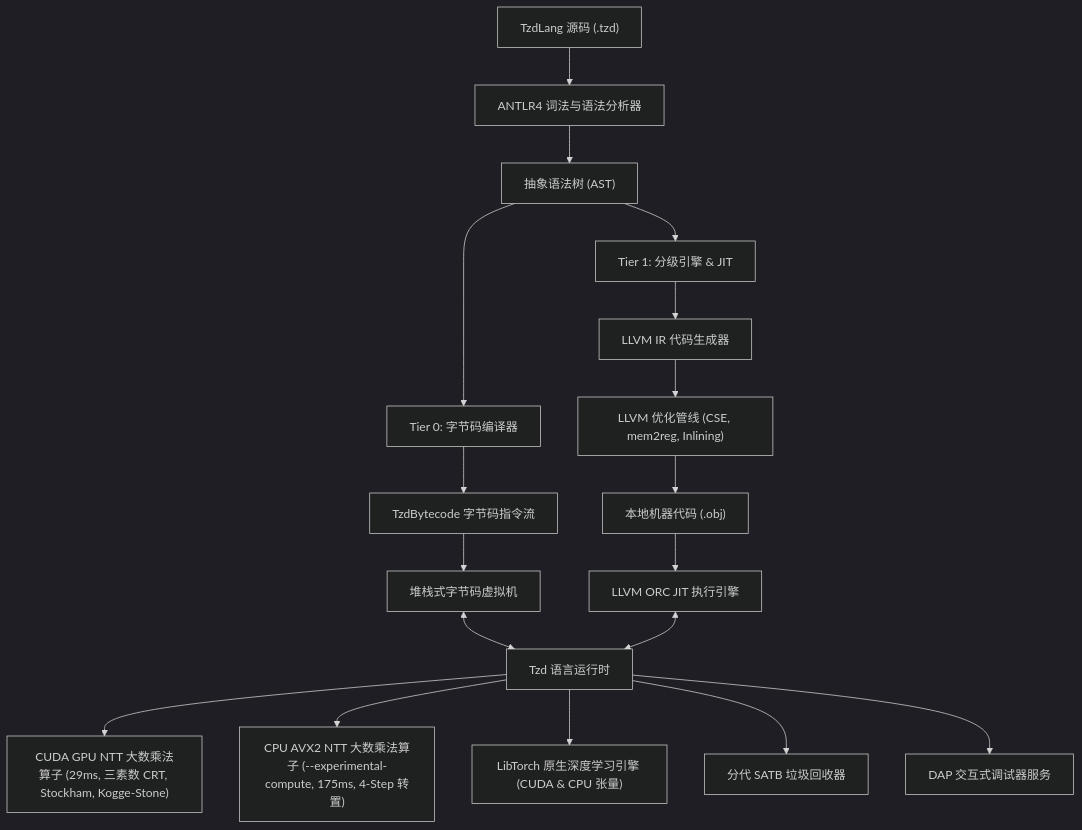
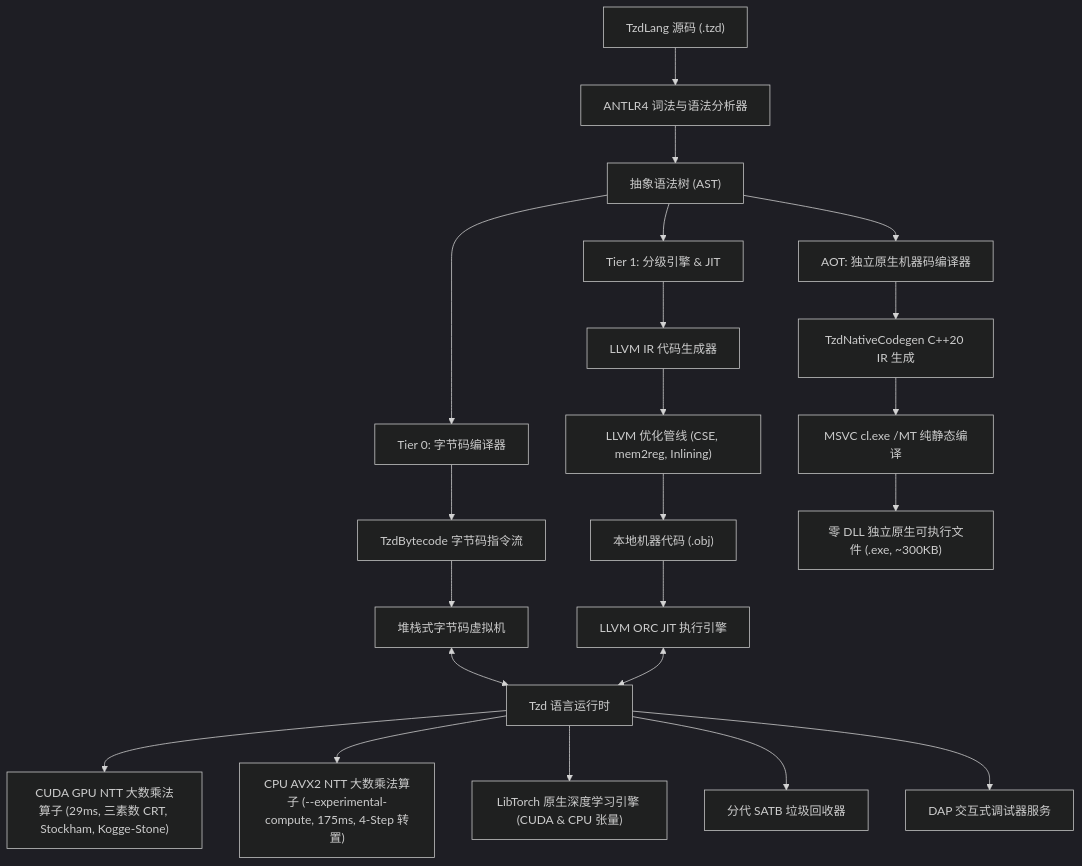
The diagram in wiki/Home-zh.md (tzdwindows/TzdLanguage), drawn with Mermaid (dark theme) before and after one commit. The commit also changed other lines of this file and 32 other files, not shown here.

Commit message:
feat(aot): implement standalone zero-dll native machine code compiler and release v0.2.4

````diff
--- a/wiki/Home-zh.md
+++ b/wiki/Home-zh.md
@@ -68,24 +73,29 @@
 ```mermaid
 graph TD
     Source["TzdLang 源码 (.tzd)"] --> Lexer["ANTLR4 词法与语法分析器"]
     Lexer --> AST["抽象语法树 (AST)"]
     
     AST --> Tier0["Tier 0: 字节码编译器"]
     Tier0 --> Bytecode["TzdBytecode 字节码指令流"]
     Bytecode --> VM["堆栈式字节码虚拟机"]
     
     AST --> Tier1["Tier 1: 分级引擎 & JIT"]
     Tier1 --> LLVMIR["LLVM IR 代码生成器"]
     LLVMIR --> OptPasses["LLVM 优化管线 (CSE, mem2reg, Inlining)"]
     OptPasses --> ObjectCache["本地机器代码 (.obj)"]
     ObjectCache --> LLJIT["LLVM ORC JIT 执行引擎"]
+
+    AST --> AOT["AOT: 独立原生机器码编译器"]
+    AOT --> NativeCodegen["TzdNativeCodegen C++20 IR 生成"]
+    NativeCodegen --> MSVC["MSVC cl.exe /MT 纯静态编译"]
+    MSVC --> StandaloneExe["零 DLL 独立原生可执行文件 (.exe, ~300KB)"]
     
     VM <--> Runtime["Tzd 语言运行时"]
     LLJIT <--> Runtime
     
     Runtime --> BigIntGPU["CUDA GPU NTT 大数乘法算子 (29ms, 三素数 CRT, Stockham, Kogge-Stone)"]
     Runtime --> BigIntCPU["CPU AVX2 NTT 大数乘法算子 (--experimental-compute, 175ms, 4-Step 转置)"]
     Runtime --> LibTorch["LibTorch 原生深度学习引擎 (CUDA & CPU 张量)"]
     Runtime --> GC["分代 SATB 垃圾回收器"]
     Runtime --> DAP["DAP 交互式调试器服务"]
 ```
````
